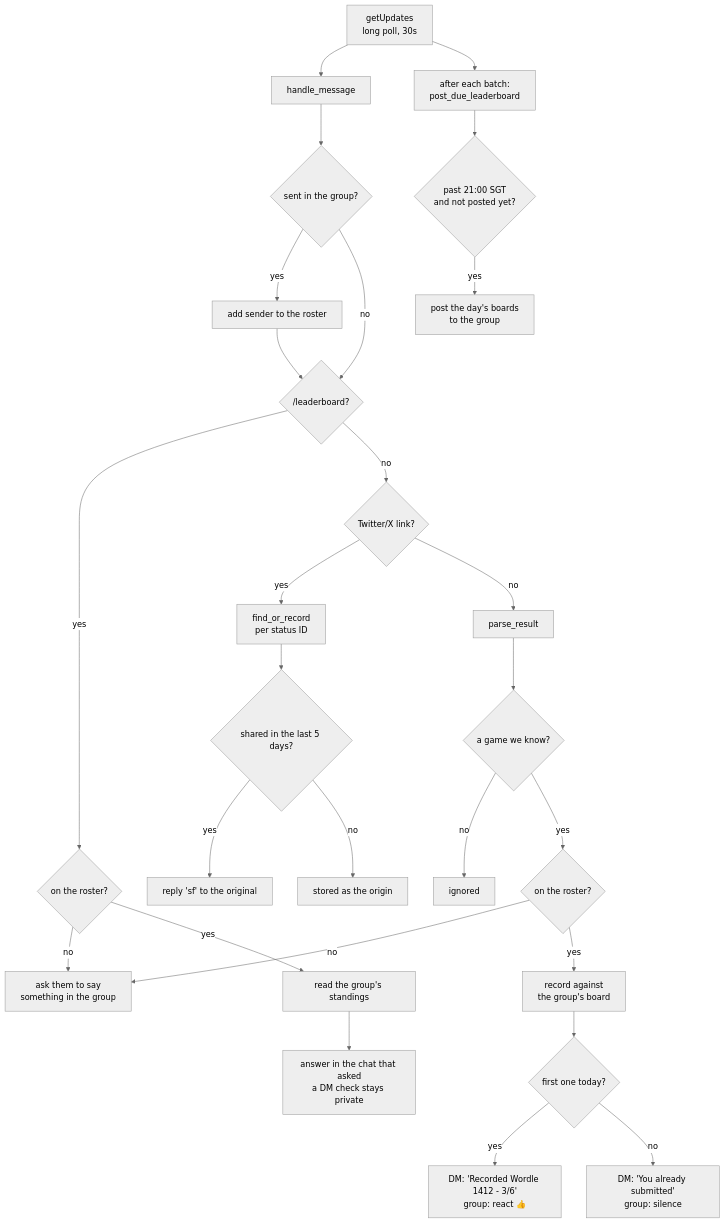
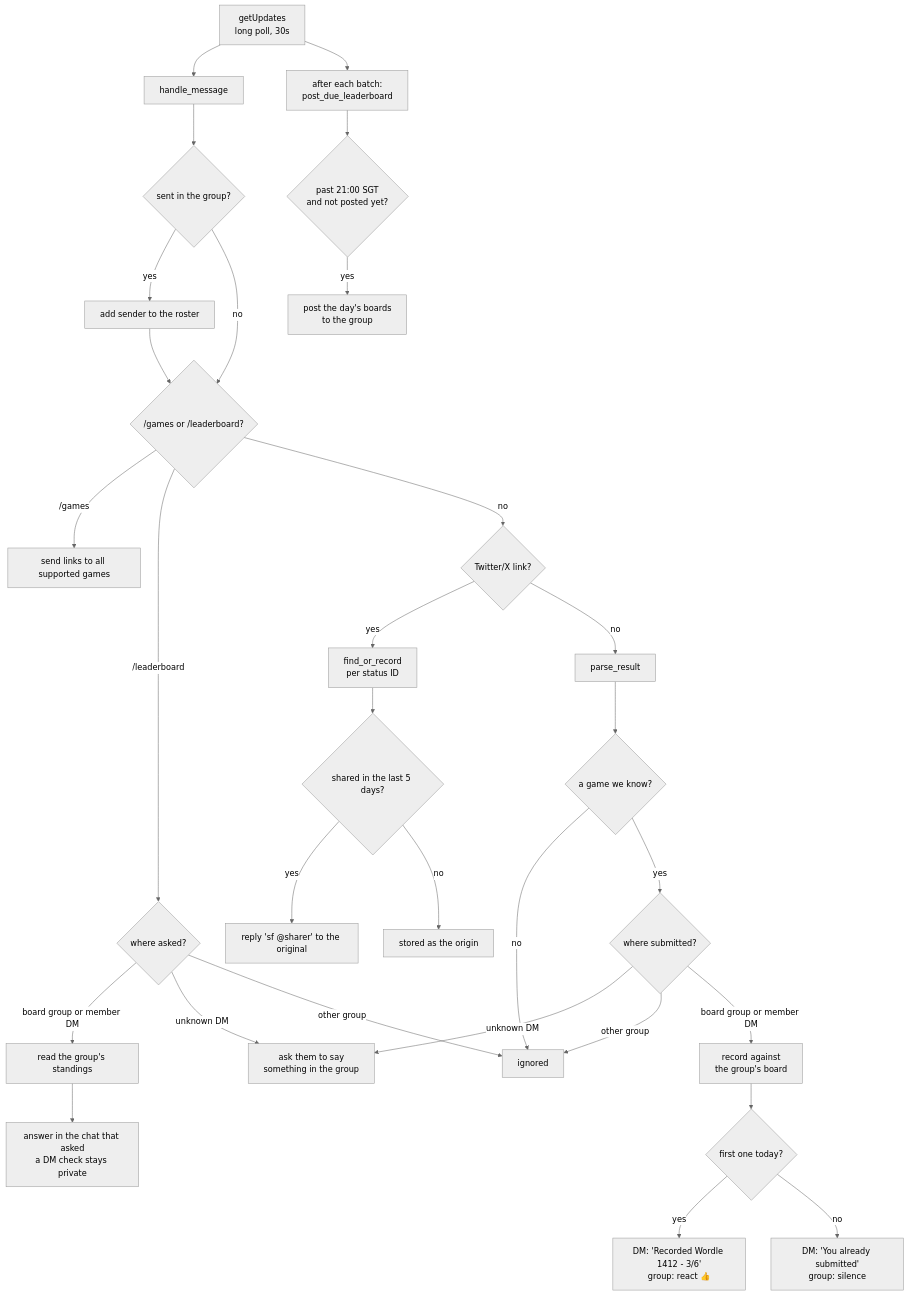
The diagram in README.md (kienanana/sfbot), drawn with Mermaid (neutral theme) before and after one commit. The commit also changed other lines of this file and 12 other files, not shown here.

````diff
--- a/README.md
+++ b/README.md
@@ -23,35 +26,38 @@
 ```mermaid
 flowchart TD
     A["getUpdates<br/>long poll, 30s"] --> B["handle_message"]
 
     B --> Z{"sent in the group?"}
     Z -->|yes| Z2["add sender to the roster"]
     Z2 --> C
     Z -->|no| C
 
-    C{"/leaderboard?"}
-    C -->|yes| D{"on the roster?"}
-    D -->|no| D2["ask them to say<br/>something in the group"]
-    D -->|yes| D3["read the group's standings"]
+    C{"/games or /leaderboard?"}
+    C -->|/games| D4["send links to all supported games"]
+    C -->|/leaderboard| D{"where asked?"}
+    D -->|board group or member DM| D3["read the group's standings"]
+    D -->|unknown DM| D2["ask them to say<br/>something in the group"]
+    D -->|other group| M
     D3 --> E["answer in the chat that asked<br/>a DM check stays private"]
 
     C -->|no| F{"Twitter/X link?"}
     F -->|yes| G["find_or_record<br/>per status ID"]
     G --> H{"shared in the last 5 days?"}
-    H -->|yes| I["reply 'sf' to the original"]
+    H -->|yes| I["reply 'sf @sharer' to the original"]
     H -->|no| J["stored as the origin"]
 
     F -->|no| K["parse_result"]
     K --> L{"a game we know?"}
     L -->|no| M["ignored"]
-    L -->|yes| L2{"on the roster?"}
-    L2 -->|no| D2
-    L2 -->|yes| N["record against<br/>the group's board"]
+    L -->|yes| L2{"where submitted?"}
+    L2 -->|unknown DM| D2
+    L2 -->|other group| M
+    L2 -->|board group or member DM| N["record against<br/>the group's board"]
     N --> O{"first one today?"}
     O -->|yes| P["DM: 'Recorded Wordle 1412 - 3/6'<br/>group: react 👍"]
     O -->|no| Q["DM: 'You already submitted'<br/>group: silence"]
 
     A --> R["after each batch:<br/>post_due_leaderboard"]
     R --> S{"past 21:00 SGT<br/>and not posted yet?"}
     S -->|yes| T["post the day's boards<br/>to the group"]
 ```
````
